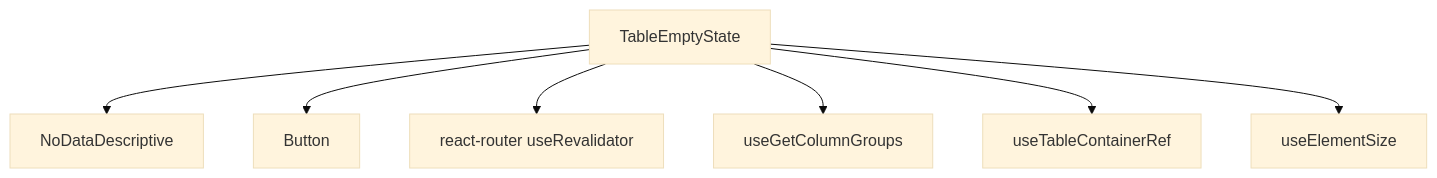
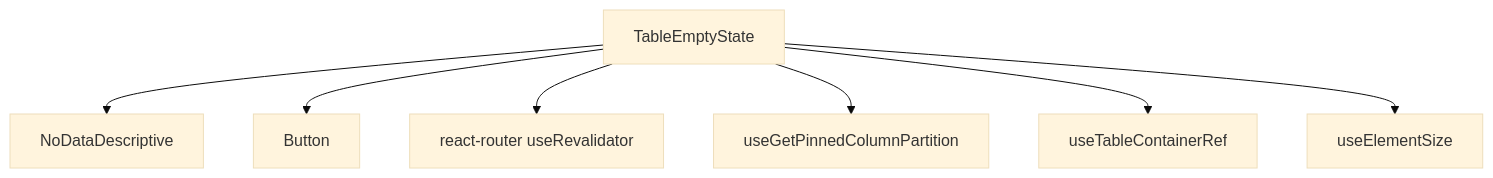
One commit to luciocabrera/lcabrera-stack changed the diagram in packages/ui/src/components/Table/TableEmptyState/ARCHITECTURE.md. Above: the diagram before and after it, drawn with Mermaid (base theme). The commit also changed other lines of this file and 41 other files, not shown here.

````diff
--- a/packages/ui/src/components/Table/TableEmptyState/ARCHITECTURE.md
+++ b/packages/ui/src/components/Table/TableEmptyState/ARCHITECTURE.md
@@ -51,9 +51,9 @@
 ```mermaid
 flowchart TD
   TES[TableEmptyState] --> Icon[NoDataDescriptive]
   TES --> Btn[Button]
   TES --> RR[react-router useRevalidator]
-  TES --> CG[useGetColumnGroups]
+  TES --> CG[useGetPinnedColumnPartition]
   TES --> CR[useTableContainerRef]
   TES --> ES[useElementSize]
 ```
````
